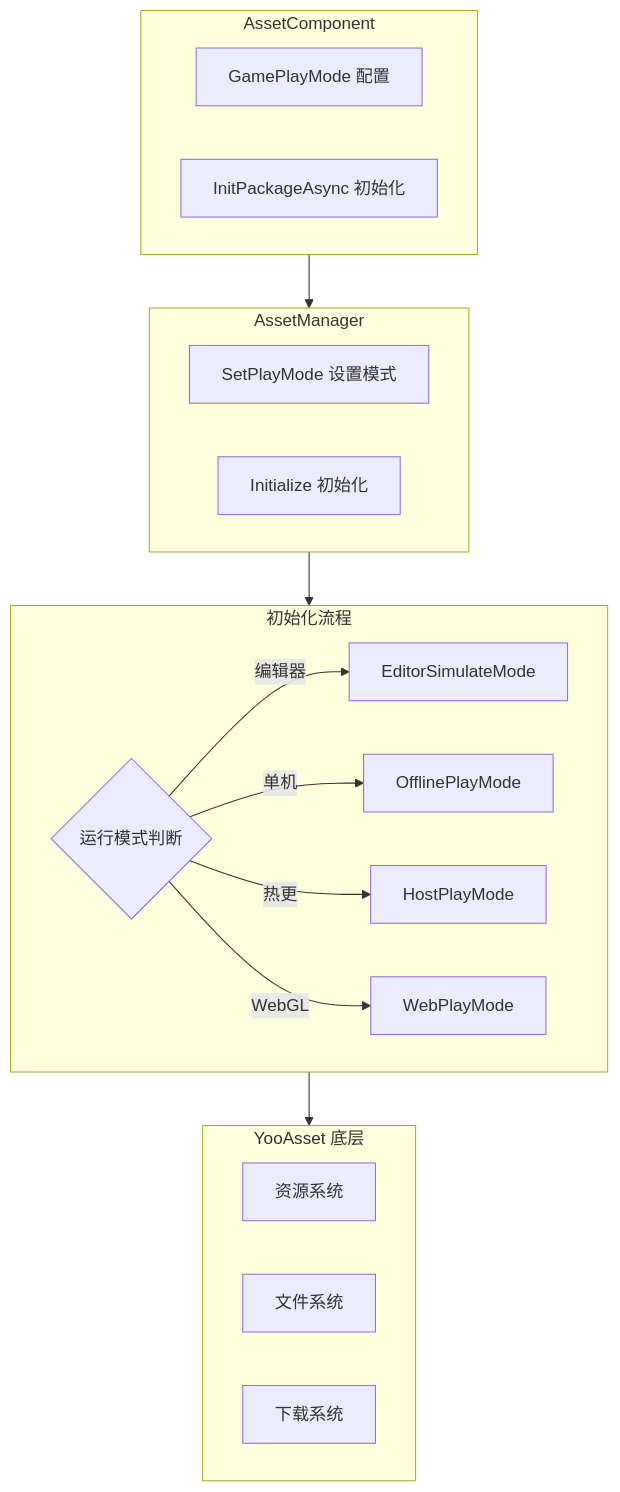
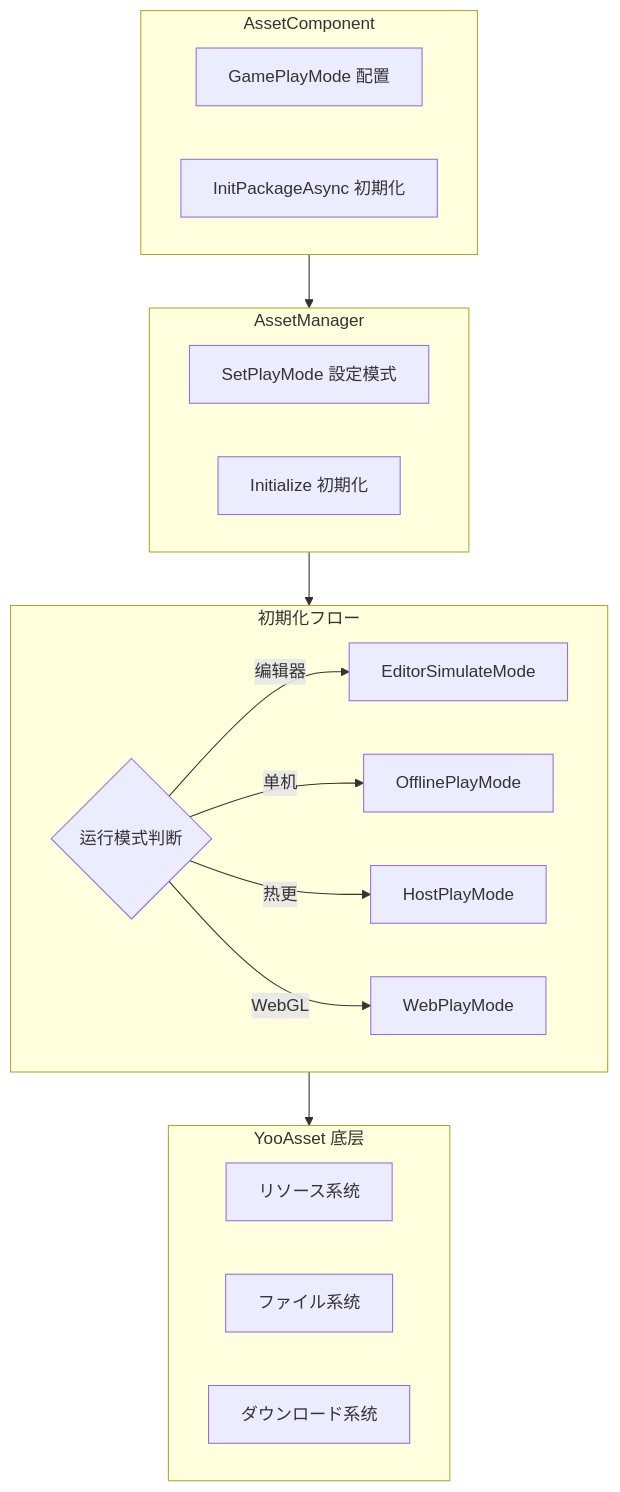
One commit to AlianBlank/GameFrameX.Docs changed the first of 2 diagrams in docs/ja/client/unity/component/asset/04.features.md. Above: the diagram before and after it, drawn with Mermaid. The commit also changed other lines of this file and 603 other files, not shown here.

````diff
--- a/docs/ja/client/unity/component/asset/04.features.md
+++ b/docs/ja/client/unity/component/asset/04.features.md
@@ -25,35 +25,35 @@
 ```mermaid
 flowchart TD
     subgraph AssetComponent["AssetComponent"]
         A1[GamePlayMode 配置]
-        A2[InitPackageAsync 初始化]
+        A2[InitPackageAsync 初期化]
     end
     
     subgraph AssetManager["AssetManager"]
-        M1[SetPlayMode 设置模式]
-        M2[Initialize 初始化]
+        M1[SetPlayMode 設定模式]
+        M2[Initialize 初期化]
     end
     
-    subgraph Initialization["初始化流程"]
+    subgraph Initialization["初期化フロー"]
         I1{运行模式判断}
         I2[EditorSimulateMode]
         I3[OfflinePlayMode]
         I4[HostPlayMode]
         I5[WebPlayMode]
     end
     
     subgraph YooAsset["YooAsset 底层"]
-        Y1[资源系统]
-        Y2[文件系统]
-        Y3[下载系统]
+        Y1[リソース系统]
+        Y2[ファイル系统]
+        Y3[ダウンロード系统]
     end
     
     AssetComponent --> AssetManager
     AssetManager --> Initialization
     Initialization --> YooAsset
     
     I1 -->|编辑器| I2
     I1 -->|单机| I3
     I1 -->|热更| I4
     I1 -->|WebGL| I5
 ```
````
